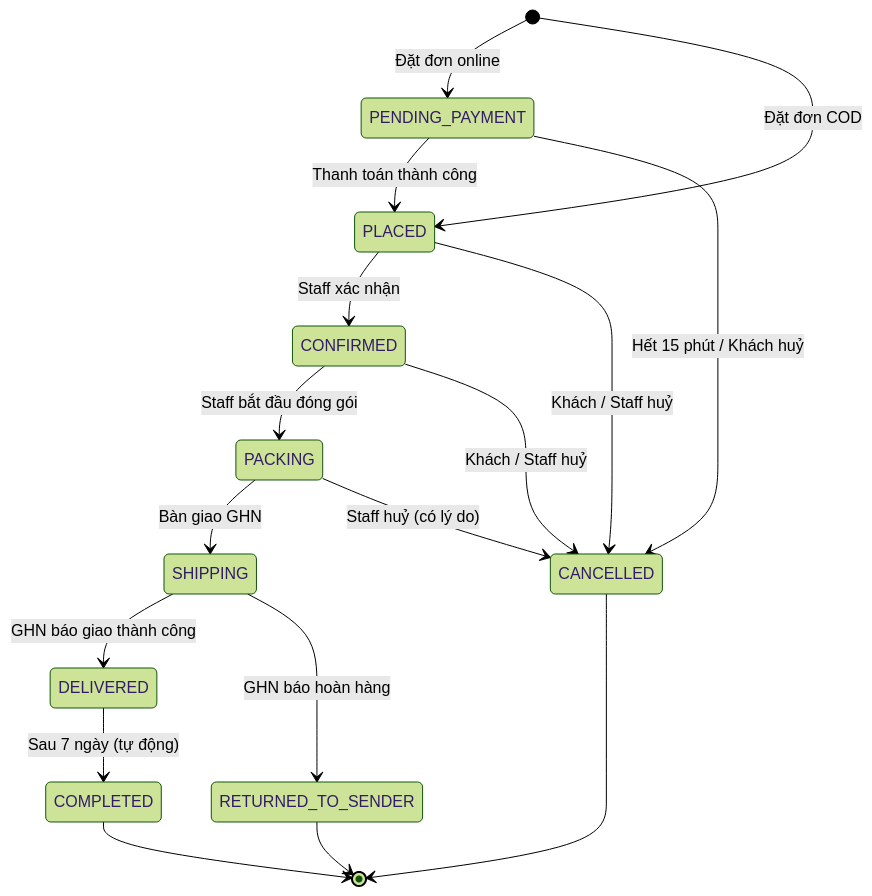
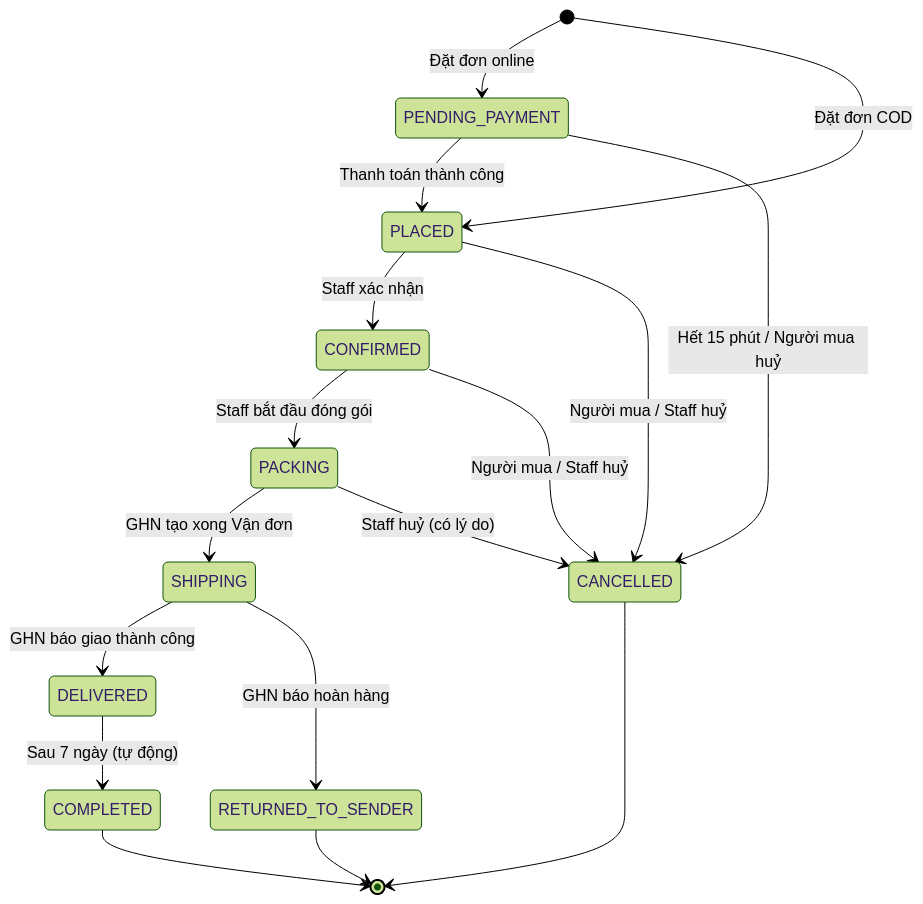
One commit to LuongCongThanh/boilerplate-ecommerce-next-16 changed the diagram in docs/business/05-order-lifecycle.md. Above: the diagram before and after it, drawn with Mermaid (forest theme). The commit also changed other lines of this file and 21 other files, not shown here.

First line of the commit message:
docs: resolve architecture review findings

````diff
--- a/docs/business/05-order-lifecycle.md
+++ b/docs/business/05-order-lifecycle.md
@@ -23,26 +23,26 @@
 ```mermaid
 stateDiagram-v2
     [*] --> PENDING_PAYMENT: Đặt đơn online
     [*] --> PLACED: Đặt đơn COD
 
     PENDING_PAYMENT --> PLACED: Thanh toán thành công
-    PENDING_PAYMENT --> CANCELLED: Hết 15 phút / Khách huỷ
+    PENDING_PAYMENT --> CANCELLED: Hết 15 phút / Người mua huỷ
 
     PLACED --> CONFIRMED: Staff xác nhận
-    PLACED --> CANCELLED: Khách / Staff huỷ
+    PLACED --> CANCELLED: Người mua / Staff huỷ
 
     CONFIRMED --> PACKING: Staff bắt đầu đóng gói
-    CONFIRMED --> CANCELLED: Khách / Staff huỷ
+    CONFIRMED --> CANCELLED: Người mua / Staff huỷ
 
-    PACKING --> SHIPPING: Bàn giao GHN
+    PACKING --> SHIPPING: GHN tạo xong Vận đơn
     PACKING --> CANCELLED: Staff huỷ (có lý do)
 
     SHIPPING --> DELIVERED: GHN báo giao thành công
     SHIPPING --> RETURNED_TO_SENDER: GHN báo hoàn hàng
 
     DELIVERED --> COMPLETED: Sau 7 ngày (tự động)
 
     COMPLETED --> [*]
     CANCELLED --> [*]
     RETURNED_TO_SENDER --> [*]
 ```
````
